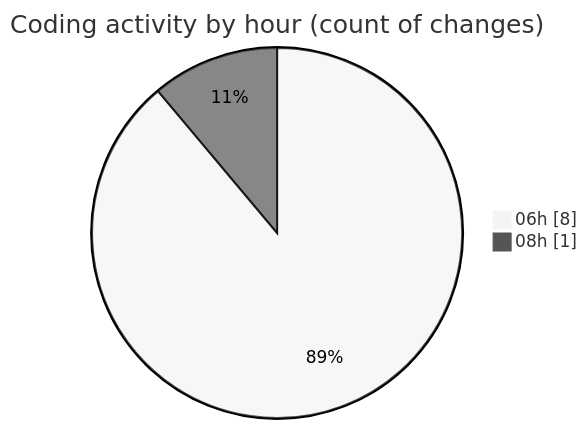
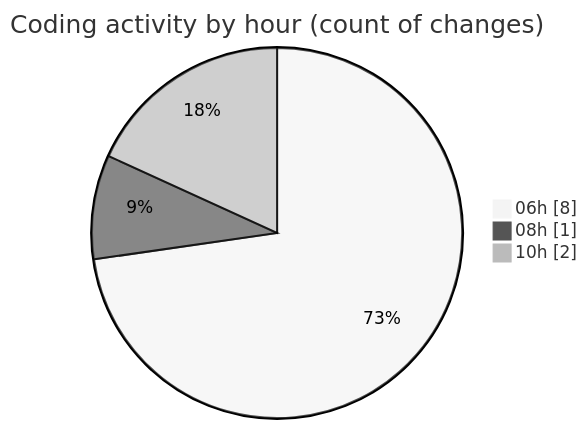
One commit to IJAZ3593/code-tracking changed the second of 2 diagrams in 2025-10-25/ai/README.md. Above: the diagram before and after it, drawn with Mermaid (neutral theme). The commit also changed other lines of this file and 1 other file, not shown here.

````diff
--- a/2025-10-25/ai/README.md
+++ b/2025-10-25/ai/README.md
@@ -33,6 +33,7 @@
 ```mermaid
 pie showData
 title Coding activity by hour (count of changes)
 "06h" : 8
 "08h" : 1
+"10h" : 2
 ```
````
